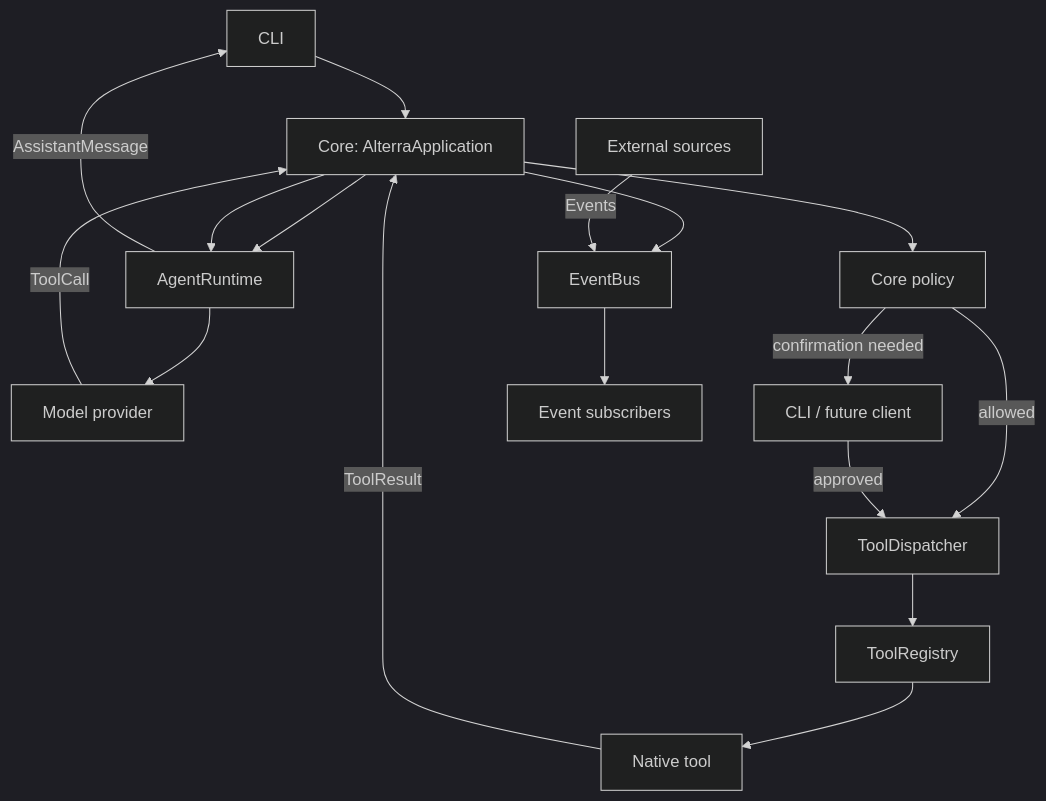
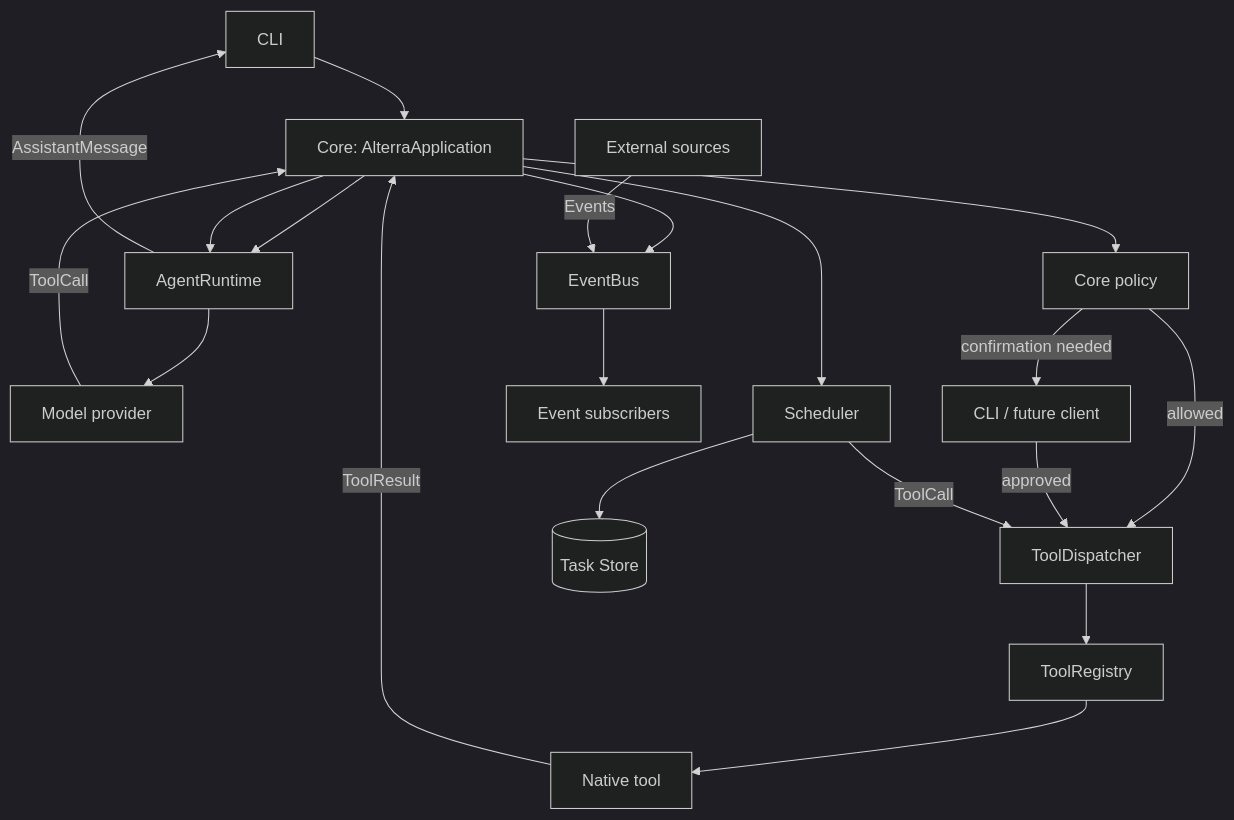
One commit to Duve3/Alterra changed the diagram in docs/architecture.md. Above: the diagram before and after it, drawn with Mermaid (dark theme). The commit also changed other lines of this file and 11 other files, not shown here.

````diff
--- a/docs/architecture.md
+++ b/docs/architecture.md
@@ -15,19 +15,22 @@
 ```mermaid
 flowchart TD
   CLI --> Core[Core: AlterraApplication]
   Core --> Agent[AgentRuntime]
   Agent --> Model[Model provider]
   Model -->|ToolCall| Core
   Core --> Policy[Core policy]
   Policy -->|allowed| Dispatcher[ToolDispatcher]
   Policy -->|confirmation needed| UI[CLI / future client]
   UI -->|approved| Dispatcher
   Dispatcher --> Registry[ToolRegistry]
   Registry --> Tool[Native tool]
   Tool -->|ToolResult| Core
   Core --> Agent
   Agent -->|AssistantMessage| CLI
   Core --> Events[EventBus]
   Events --> Subscribers[Event subscribers]
   External[External sources] -->|Events| Events
+  Core --> Scheduler[Scheduler]
+  Scheduler -->|ToolCall| Dispatcher
+  Scheduler --> Store[(Task Store)]
 ```
````
